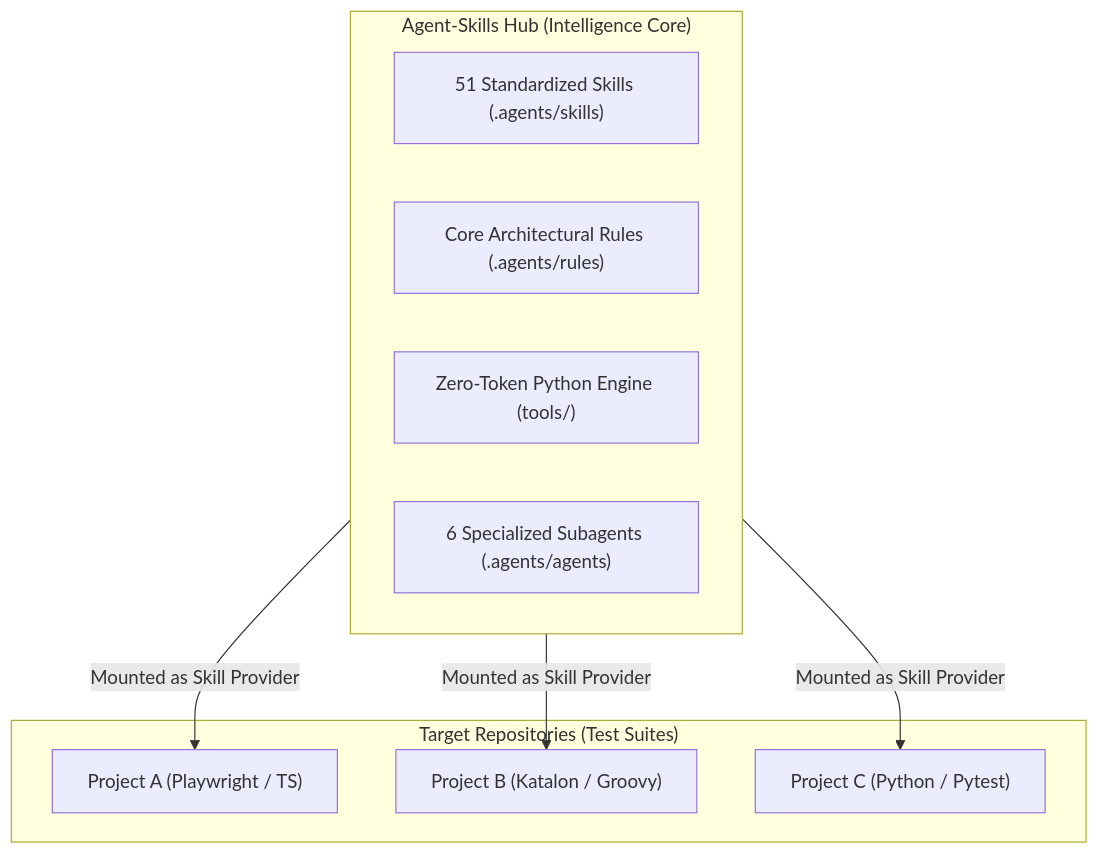
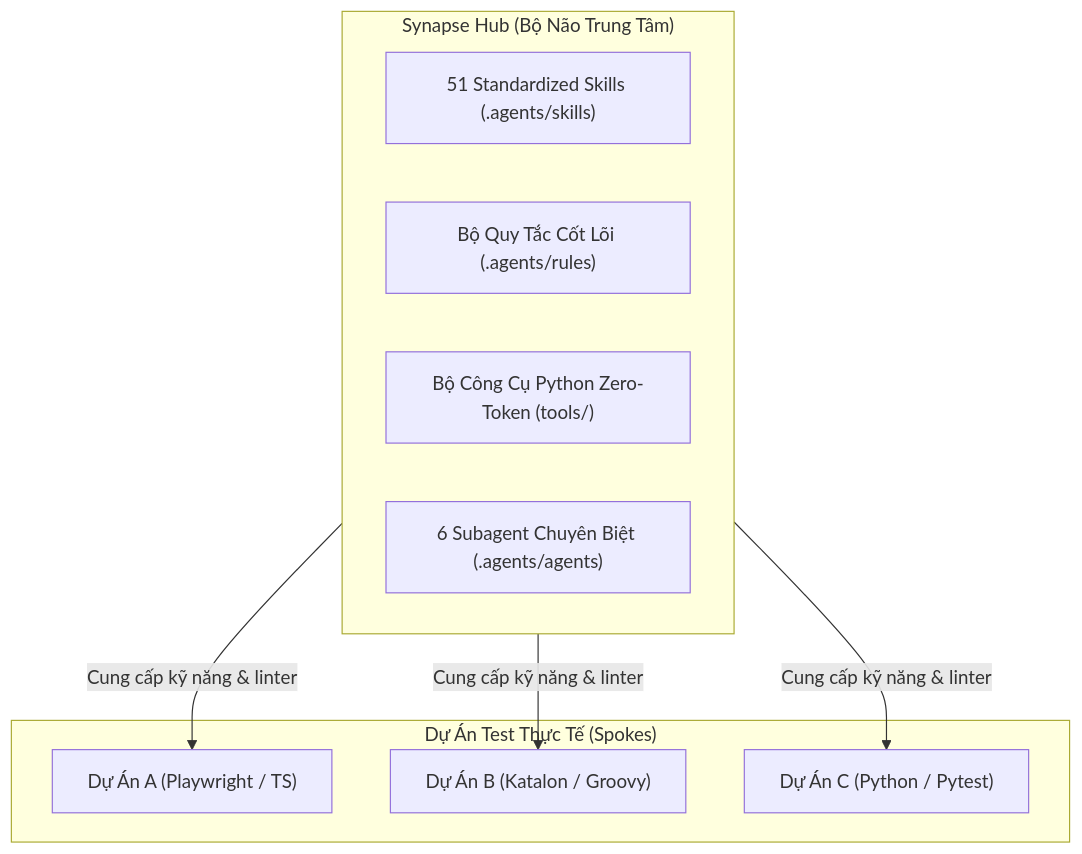
Before and after one commit to TeeVee98/Synapse-Hub: the first of 3 diagrams in docs/ARCHITECTURE.md, drawn with Mermaid. The commit also changed other lines of this file and 12 other files, not shown here.

Commit message:
docs: add bilingual Vietnamese and English documentation across architecture and guides

````diff
--- a/docs/ARCHITECTURE.md
+++ b/docs/ARCHITECTURE.md
@@ -12,19 +15,19 @@
 ```mermaid
 flowchart TD
-    subgraph Hub["Agent-Skills Hub (Intelligence Core)"]
+    subgraph Hub["Synapse Hub (Bộ Não Trung Tâm)"]
         Catalog["51 Standardized Skills (.agents/skills)"]
-        Rules["Core Architectural Rules (.agents/rules)"]
-        Tools["Zero-Token Python Engine (tools/)"]
-        Swarm["6 Specialized Subagents (.agents/agents)"]
+        Rules["Bộ Quy Tắc Cốt Lõi (.agents/rules)"]
+        Tools["Bộ Công Cụ Python Zero-Token (tools/)"]
+        Swarm["6 Subagent Chuyên Biệt (.agents/agents)"]
     end
 
-    subgraph Spokes["Target Repositories (Test Suites)"]
-        Repo1["Project A (Playwright / TS)"]
-        Repo2["Project B (Katalon / Groovy)"]
-        Repo3["Project C (Python / Pytest)"]
+    subgraph Spokes["Dự Án Test Thực Tế (Spokes)"]
+        Repo1["Dự Án A (Playwright / TS)"]
+        Repo2["Dự Án B (Katalon / Groovy)"]
+        Repo3["Dự Án C (Python / Pytest)"]
     end
 
-    Hub -->|Mounted as Skill Provider| Repo1
-    Hub -->|Mounted as Skill Provider| Repo2
-    Hub -->|Mounted as Skill Provider| Repo3
+    Hub -->|Cung cấp kỹ năng & linter| Repo1
+    Hub -->|Cung cấp kỹ năng & linter| Repo2
+    Hub -->|Cung cấp kỹ năng & linter| Repo3
 ```
````
